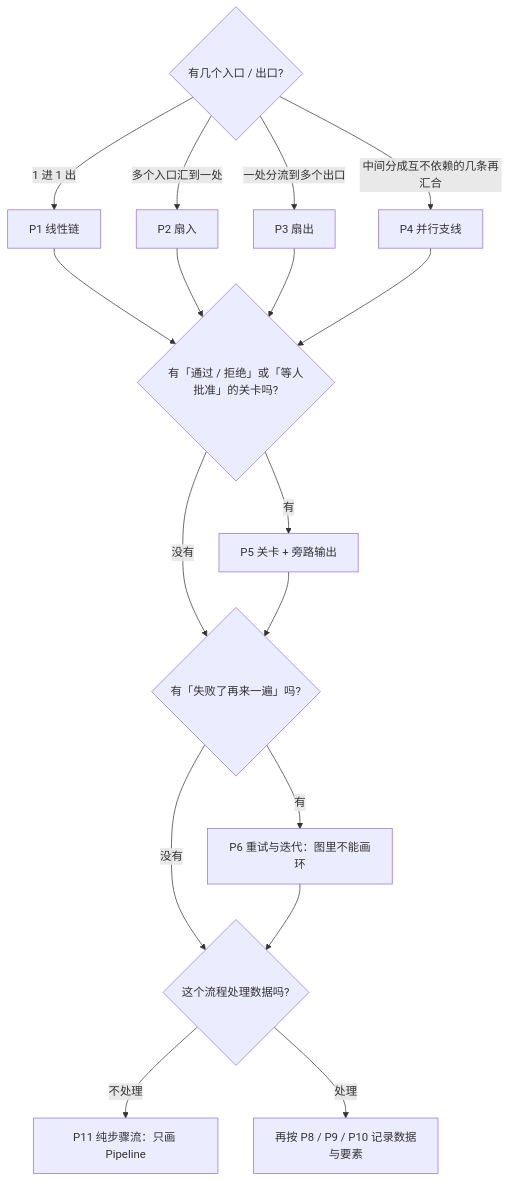
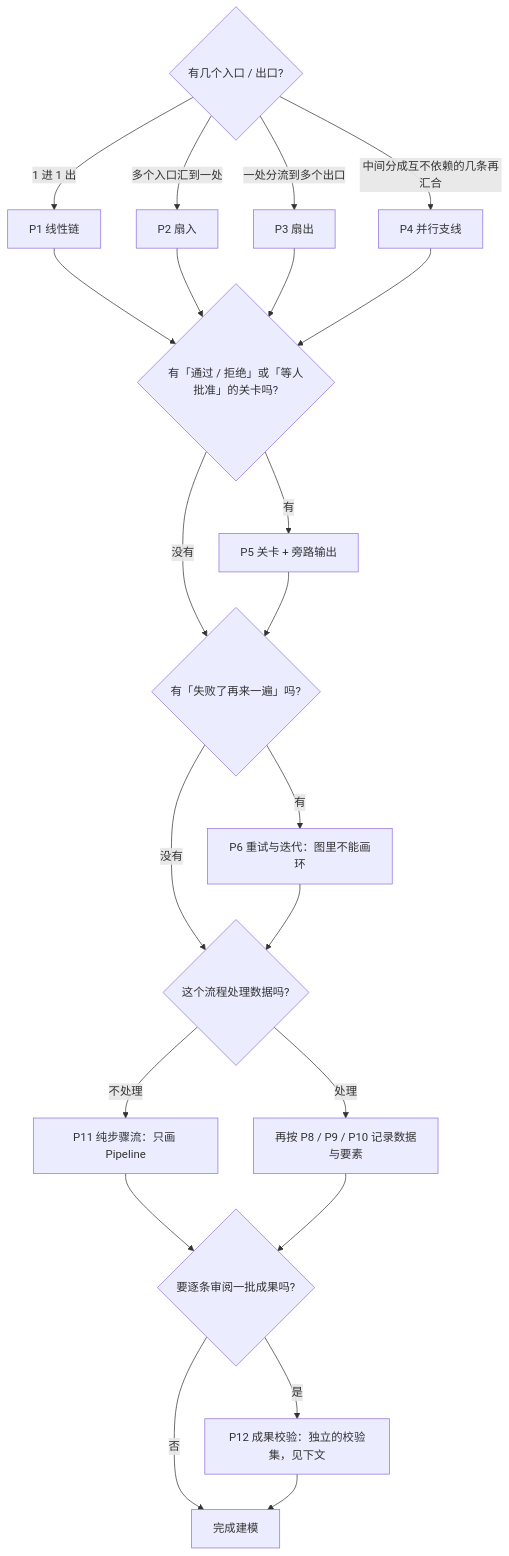
The first of 16 diagrams in skills/status-board/references/patterns.md (StevenHuang233/AI-record), drawn with Mermaid before and after one commit. The commit also changed other lines of this file and 24 other files, not shown here.

````diff
--- a/skills/status-board/references/patterns.md
+++ b/skills/status-board/references/patterns.md
@@ -8,21 +8,26 @@
 ```mermaid
 flowchart TD
     Q1{"有几个入口 / 出口?"}
     Q1 -->|"1 进 1 出"| P1["P1 线性链"]
     Q1 -->|"多个入口汇到一处"| P2["P2 扇入"]
     Q1 -->|"一处分流到多个出口"| P3["P3 扇出"]
     Q1 -->|"中间分成互不依赖的几条再汇合"| P4["P4 并行支线"]
     Q2{"有「通过 / 拒绝」或「等人批准」的关卡吗?"}
     P1 --> Q2
     P2 --> Q2
     P3 --> Q2
     P4 --> Q2
     Q2 -->|"有"| P5["P5 关卡 + 旁路输出"]
     Q2 -->|"没有"| Q3{"有「失败了再来一遍」吗?"}
     P5 --> Q3
     Q3 -->|"有"| P6["P6 重试与迭代：图里不能画环"]
     Q3 -->|"没有"| Q4{"这个流程处理数据吗?"}
     P6 --> Q4
     Q4 -->|"不处理"| P11["P11 纯步骤流：只画 Pipeline"]
     Q4 -->|"处理"| P8["再按 P8 / P9 / P10 记录数据与要素"]
+    P11 --> Q5{"要逐条审阅一批成果吗?"}
+    P8 --> Q5
+    Q5 -->|"是"| P12["P12 成果校验：独立的校验集，见下文"]
+    Q5 -->|"否"| END["完成建模"]
+    P12 --> END
 ```
````
